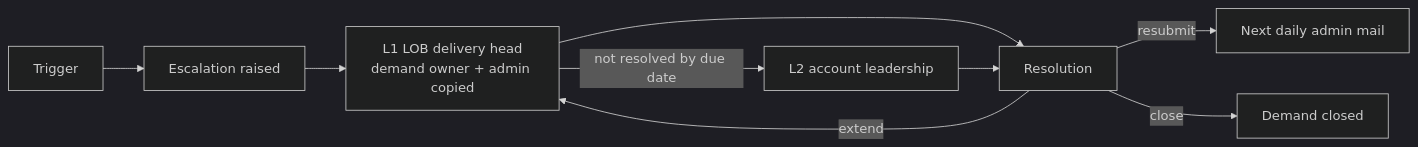
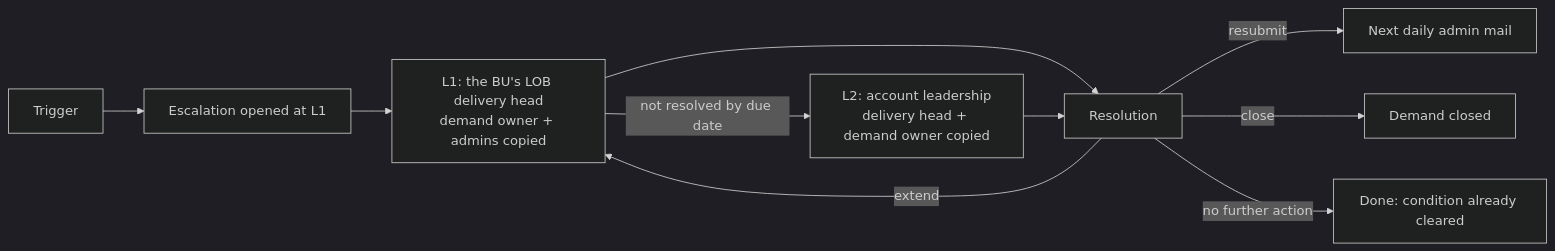
Before and after one commit to PradeepLakshmiprakash/Demand-track-builder: the second of 2 diagrams in docs/spec/flow-artifact.md, drawn with Mermaid (dark theme). The commit also changed other lines of this file, not shown here.

First line of the commit message:
flow-artifact.md v1.2: match what is built through Phase 6

````diff
--- a/docs/spec/flow-artifact.md
+++ b/docs/spec/flow-artifact.md
@@ -240,11 +268,12 @@
 ```mermaid
 flowchart LR
-    T[Trigger] --> E[Escalation raised]
-    E --> L1[L1 LOB delivery head<br/>demand owner + admin copied]
-    L1 -->|not resolved by due date| L2[L2 account leadership]
+    T[Trigger] --> E[Escalation opened at L1]
+    E --> L1[L1: the BU's LOB delivery head<br/>demand owner + admins copied]
+    L1 -->|not resolved by due date| L2[L2: account leadership<br/>delivery head + demand owner copied]
     L1 --> R[Resolution]
     L2 --> R
     R -->|resubmit| M[Next daily admin mail]
     R -->|extend| L1
     R -->|close| C[Demand closed]
+    R -->|no further action| D[Done: condition already cleared]
 ```
````
